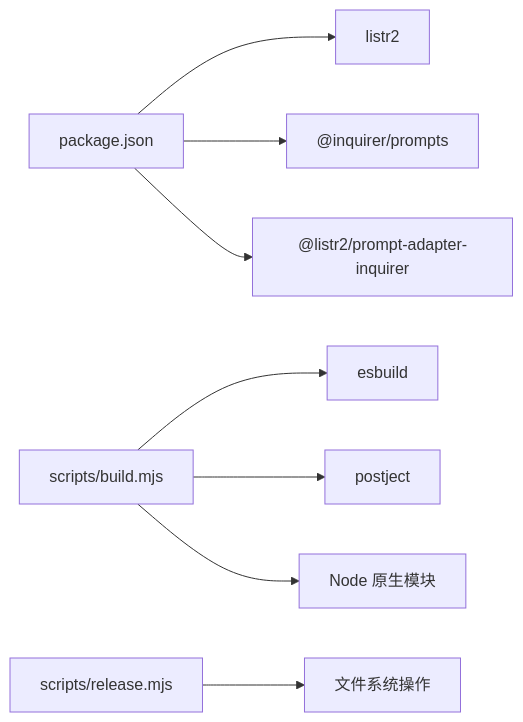
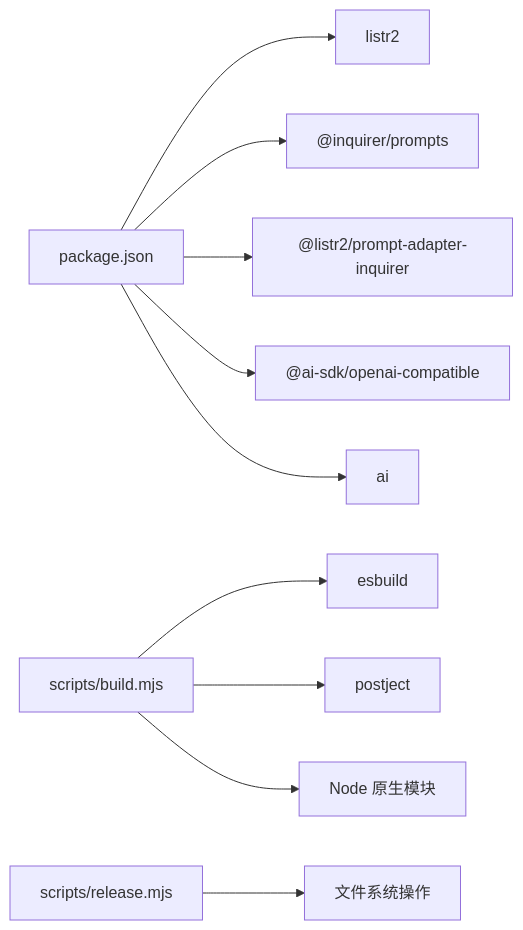
Diagram 12 of 12 in .qoder/repowiki/zh/content/核心架构设计/核心架构设计.md (hllshiro/doc2md-cli), drawn with Mermaid before and after one commit. The commit also changed other lines of this file and 13 other files, not shown here.

````diff
--- a/.qoder/repowiki/zh/content/核心架构设计/核心架构设计.md
+++ b/.qoder/repowiki/zh/content/核心架构设计/核心架构设计.md
@@ -387,10 +558,12 @@
 ```mermaid
 graph LR
 PKG["package.json"] --> LST["listr2"]
 PKG --> INA["@inquirer/prompts"]
 PKG --> ADP["@listr2/prompt-adapter-inquirer"]
+PKG --> AIC["@ai-sdk/openai-compatible"]
+PKG --> AI["ai"]
 BUILD["scripts/build.mjs"] --> ESB["esbuild"]
 BUILD --> PJ["postject"]
 BUILD --> N["Node 原生模块"]
 REL["scripts/release.mjs"] --> FS["文件系统操作"]
 ```
````
